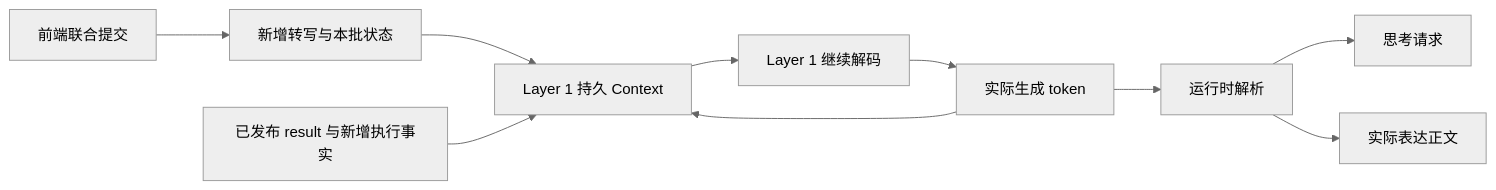
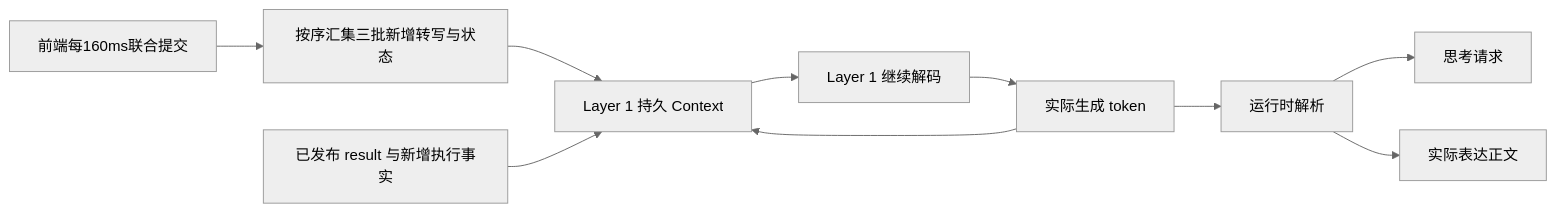
Before and after one commit to Vitalrubbish/InterClarify: the diagram in docs/dev/layer1/protocol.md, drawn with Mermaid (neutral theme). The commit also changed other lines of this file and 7 other files, not shown here.

````diff
--- a/docs/dev/layer1/protocol.md
+++ b/docs/dev/layer1/protocol.md
@@ -9,12 +9,12 @@
 ```mermaid
 flowchart LR
-    F[前端联合提交] --> A[新增转写与本批状态]
+    F[前端每160ms联合提交] --> A[按序汇集三批新增转写与状态]
     A --> C[Layer 1 持久 Context]
     R[已发布 result 与新增执行事实] --> C
     C --> L[Layer 1 继续解码]
     L --> G[实际生成 token]
     G --> C
     G --> P[运行时解析]
     P --> T[思考请求]
     P --> O[实际表达正文]
 ```
````
